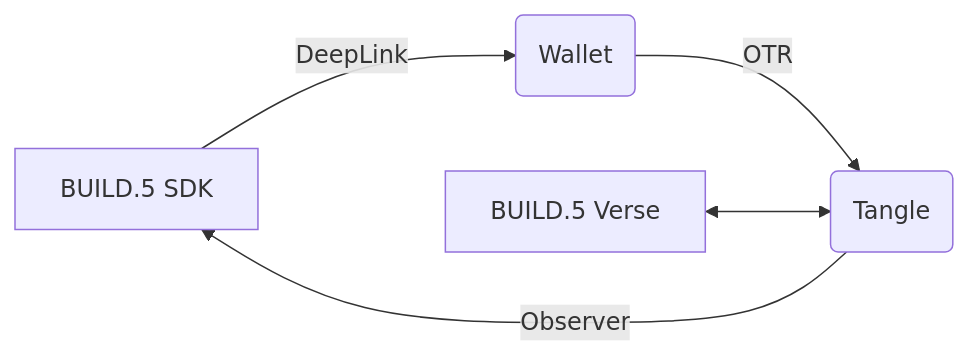
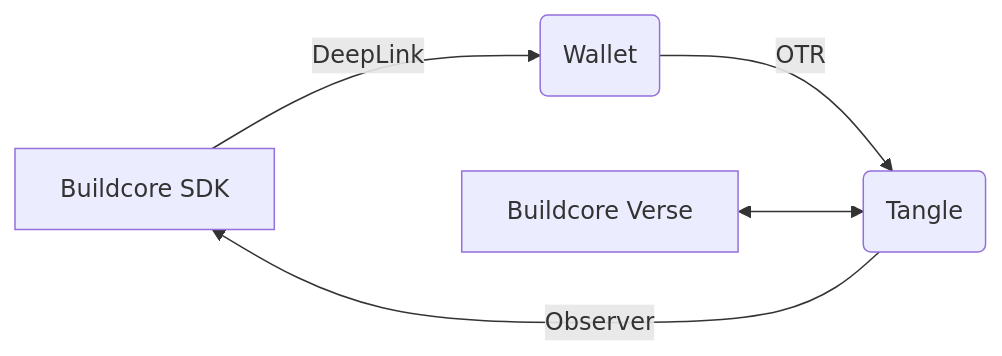
The first of 2 diagrams in docs/docs/getting-started.mdx (buildcore-io/core), drawn with Mermaid before and after one commit. The commit also changed other lines of this file and 17 other files, not shown here.

Commit message:
Rename build.5 to buildcore

````diff
--- a/docs/docs/getting-started.mdx
+++ b/docs/docs/getting-started.mdx
@@ -38,6 +38,6 @@
 ```mermaid
 flowchart LR
-    A[BUILD.5 SDK] --> |DeepLink| B(Wallet) --> |OTR| C(Tangle)
+    A[Buildcore SDK] --> |DeepLink| B(Wallet) --> |OTR| C(Tangle)
     C --> |Observer| A
-    D[BUILD.5 Verse] <--> C
+    D[Buildcore Verse] <--> C
 ```
````
